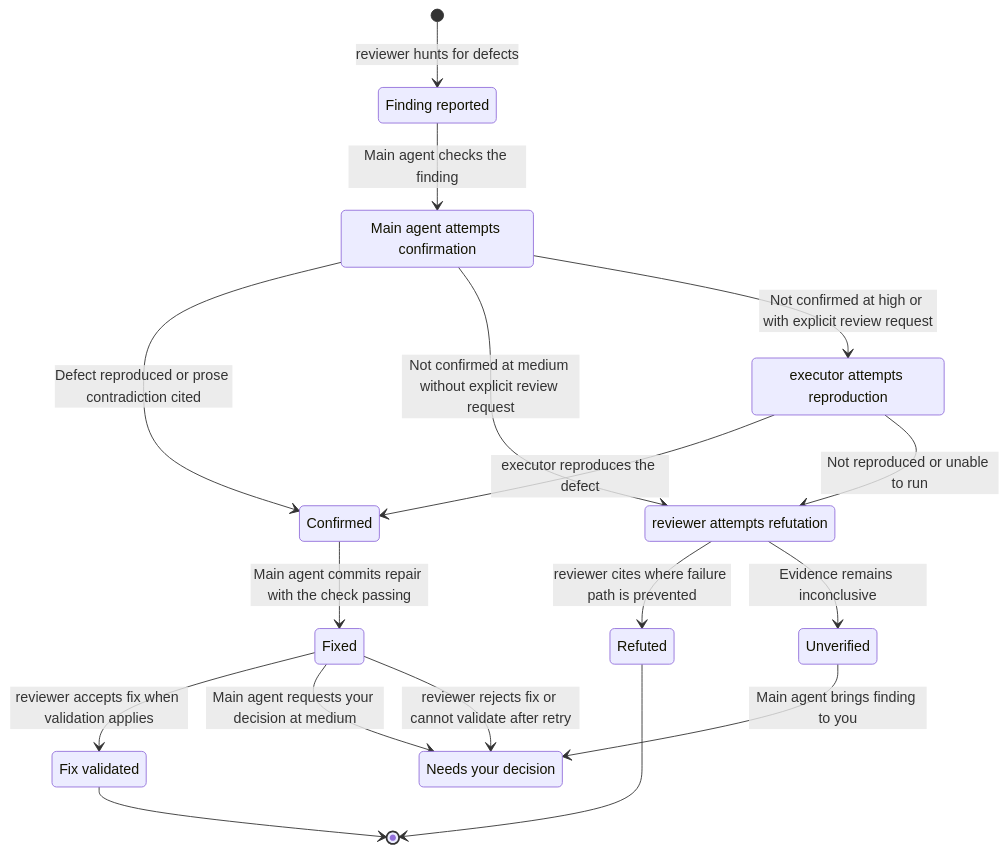
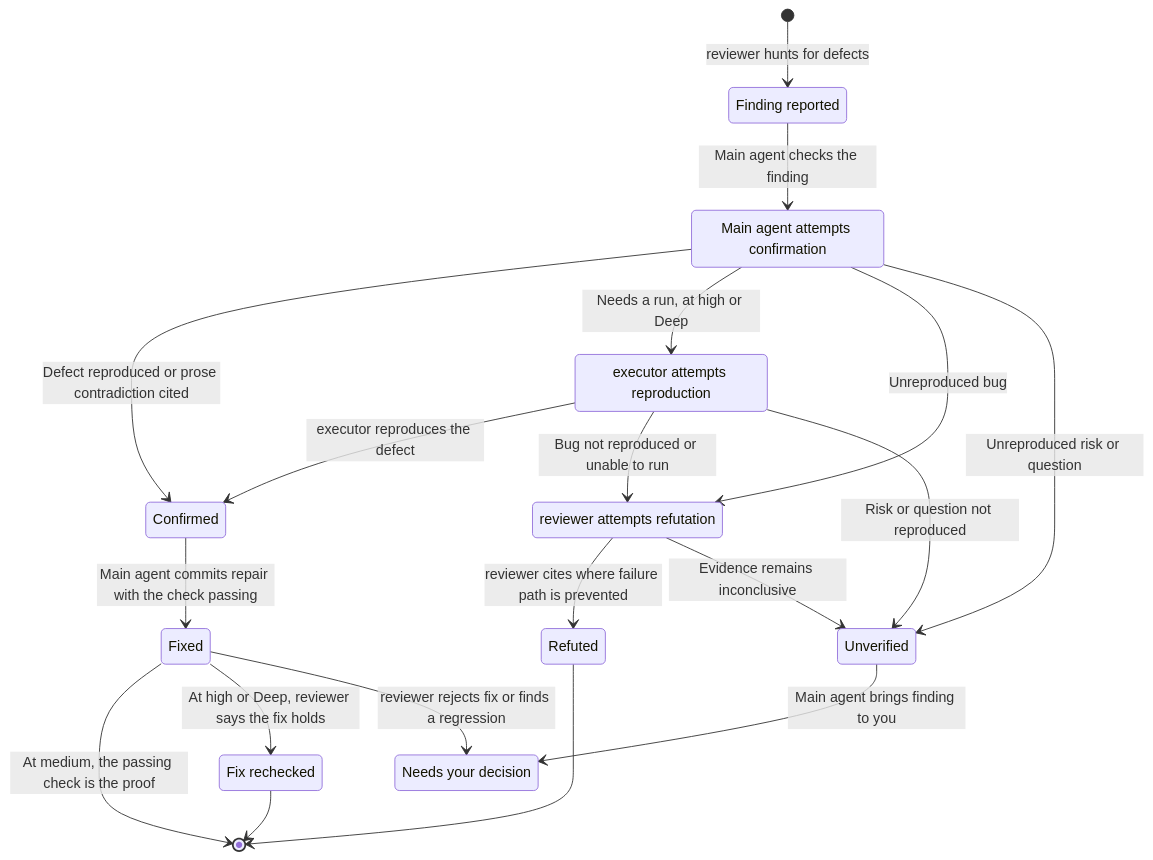
The diagram in docs/subagents.md (jvillegasd/harness), drawn with Mermaid before and after one commit. The commit also changed other lines of this file and 9 other files, not shown here.

````diff
--- a/docs/subagents.md
+++ b/docs/subagents.md
@@ -35,30 +35,32 @@
 ```mermaid
 stateDiagram-v2
     state "Finding reported" as Reported
     state "Main agent attempts confirmation" as Confirmation
     state "executor attempts reproduction" as Reproduction
     state "reviewer attempts refutation" as Refutation
     state "Unverified" as Unverified
     state "Confirmed" as Confirmed
     state "Refuted" as Refuted
     state "Fixed" as Fixed
-    state "Fix validated" as Validated
+    state "Fix rechecked" as Rechecked
     state "Needs your decision" as Decision
 
     [*] --> Reported: reviewer hunts for defects
     Reported --> Confirmation: Main agent checks the finding
     Confirmation --> Confirmed: Defect reproduced or prose contradiction cited
-    Confirmation --> Refutation: Not confirmed at medium without explicit review request
-    Confirmation --> Reproduction: Not confirmed at high or with explicit review request
+    Confirmation --> Reproduction: Needs a run, at high or Deep
+    Confirmation --> Refutation: Unreproduced bug
+    Confirmation --> Unverified: Unreproduced risk or question
     Reproduction --> Confirmed: executor reproduces the defect
-    Reproduction --> Refutation: Not reproduced or unable to run
+    Reproduction --> Refutation: Bug not reproduced or unable to run
+    Reproduction --> Unverified: Risk or question not reproduced
     Refutation --> Refuted: reviewer cites where failure path is prevented
     Refutation --> Unverified: Evidence remains inconclusive
     Unverified --> Decision: Main agent brings finding to you
     Confirmed --> Fixed: Main agent commits repair with the check passing
-    Fixed --> Validated: reviewer accepts fix when validation applies
-    Fixed --> Decision: Main agent requests your decision at medium
-    Fixed --> Decision: reviewer rejects fix or cannot validate after retry
-    Validated --> [*]
+    Fixed --> [*]: At medium, the passing check is the proof
+    Fixed --> Rechecked: At high or Deep, reviewer says the fix holds
+    Fixed --> Decision: reviewer rejects fix or finds a regression
+    Rechecked --> [*]
     Refuted --> [*]
 ```
````
